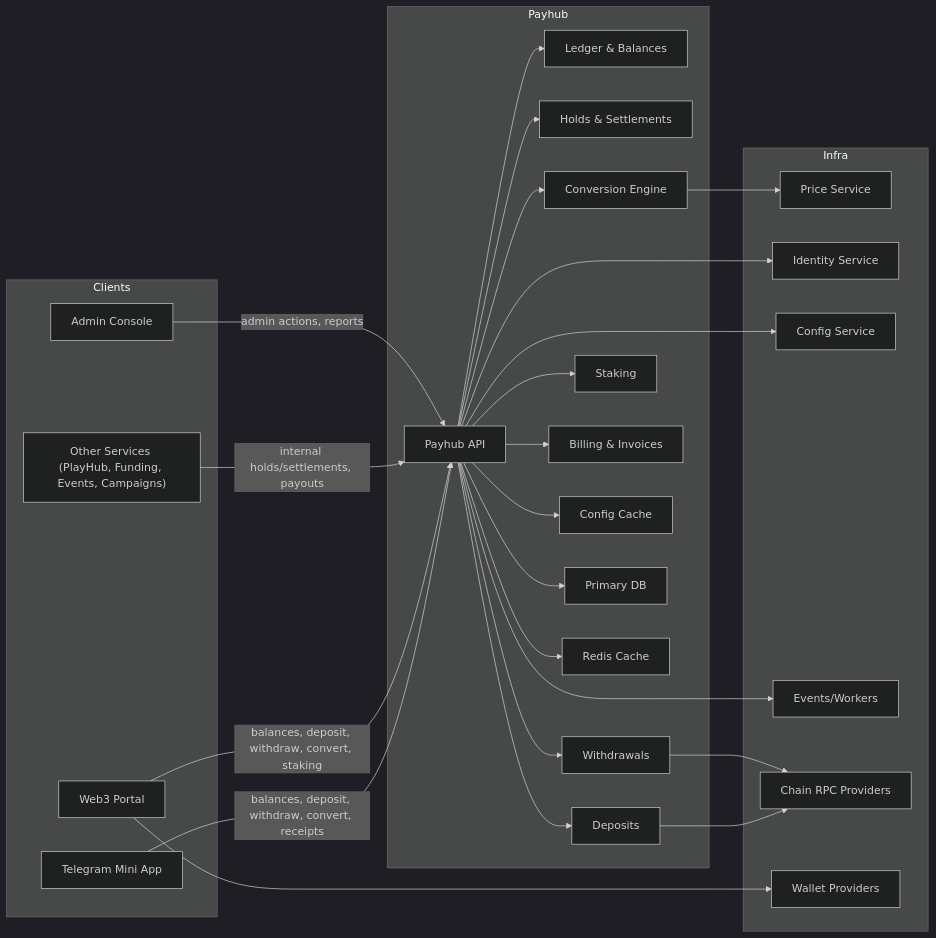
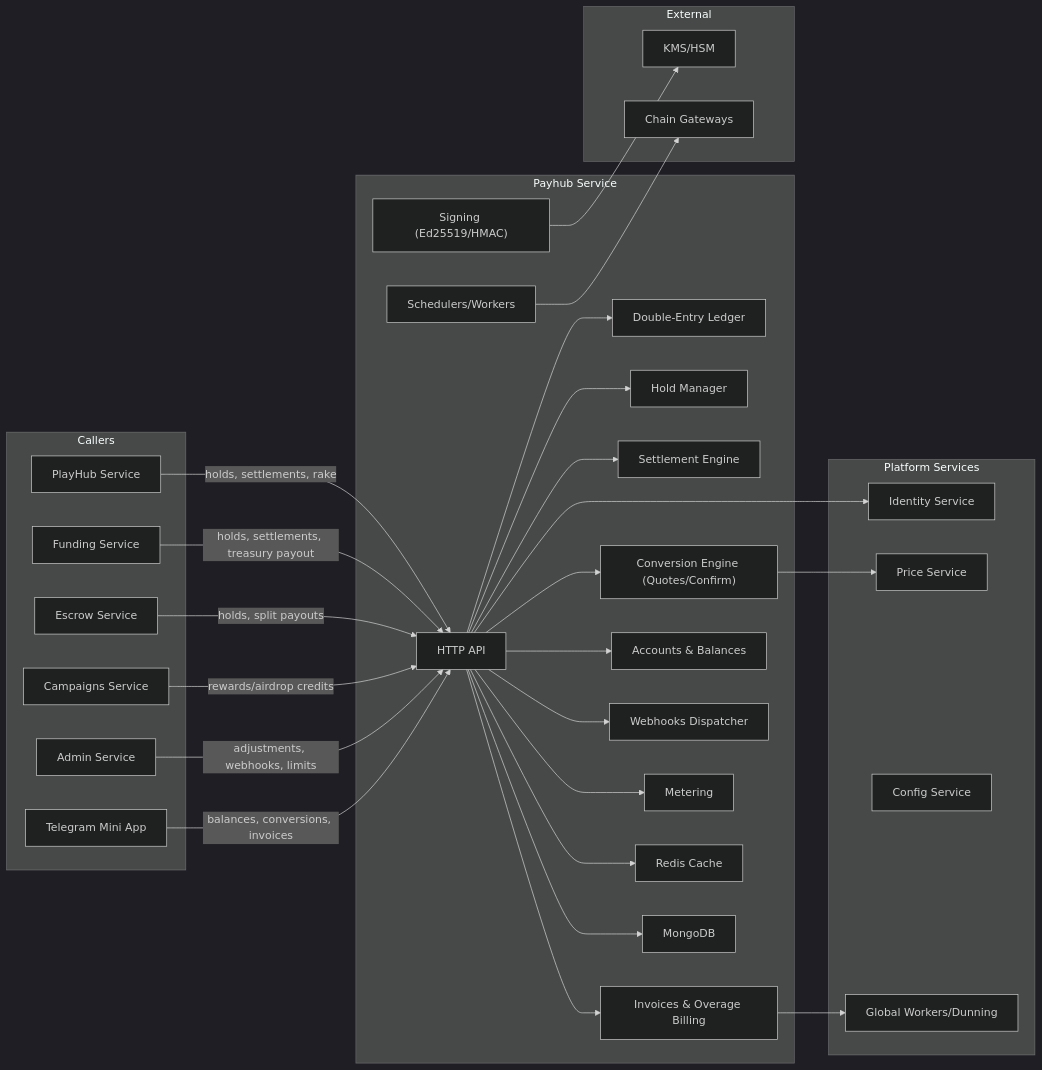
Before and after one commit to bkkac/tg-miniapp-payhub-service: the first of 6 diagrams in SystemDesign.md, drawn with Mermaid (dark theme). The commit also changed other lines of this file, not shown here.

````diff
--- a/SystemDesign.md
+++ b/SystemDesign.md
@@ -14,56 +14,63 @@
 ```mermaid
 flowchart LR
-  subgraph Clients
-    TG["Telegram Mini App"]
-    WEB["Web3 Portal"]
-    ADM["Admin Console"]
-    SVC["Other Services (PlayHub, Funding, Events, Campaigns)"]
+  subgraph Callers
+    PH["PlayHub Service"]
+    FUN["Funding Service"]
+    ESC["Escrow Service"]
+    CMP["Campaigns Service"]
+    ADM["Admin Service"]
+    WEB["Telegram Mini App"]
   end
 
-  subgraph Payhub
-    API["Payhub API"]
-    LEDGER["Ledger & Balances"]
-    HOLD["Holds & Settlements"]
-    FX["Conversion Engine"]
-    WD["Withdrawals"]
-    DEP["Deposits"]
-    STK["Staking"]
-    BILL["Billing & Invoices"]
-    CFGC["Config Cache"]
-    DB["Primary DB"]
+  subgraph "Payhub Service"
+    API["HTTP API"]
+    LED["Double-Entry Ledger"]
+    HLD["Hold Manager"]
+    SET["Settlement Engine"]
+    FX["Conversion Engine (Quotes/Confirm)"]
+    INV["Invoices & Overage Billing"]
+    ACC["Accounts & Balances"]
+    WH["Webhooks Dispatcher"]
+    MTR["Metering"]
+    JOB["Schedulers/Workers"]
     CCH["Redis Cache"]
+    DB["MongoDB"]
+    SIG["Signing (Ed25519/HMAC)"]
   end
 
-  subgraph Infra
+  subgraph "Platform Services"
+    IDN["Identity Service"]
     PRC["Price Service"]
-    IDN["Identity Service"]
     CFG["Config Service"]
-    EVT["Events/Workers"]
-    CHN["Chain RPC Providers"]
-    WAL["Wallet Providers"]
+    WRK["Global Workers/Dunning"]
   end
 
-  TG -->|balances, deposit, withdraw, convert, receipts| API
-  WEB -->|balances, deposit, withdraw, convert, staking| API
-  SVC -->|internal holds/settlements, payouts| API
-  ADM -->|admin actions, reports| API
+  subgraph "External"
+    KMS["KMS/HSM"]
+    CHA["Chain Gateways"]
+  end
 
-  API --> LEDGER
-  API --> HOLD
+  PH -->|holds, settlements, rake| API
+  FUN -->|holds, settlements, treasury payout| API
+  ESC -->|holds, split payouts| API
+  CMP -->|rewards/airdrop credits| API
+  ADM -->|adjustments, webhooks, limits| API
+  WEB -->|balances, conversions, invoices| API
+
+  API --> ACC
+  API --> LED
+  API --> HLD
+  API --> SET
   API --> FX
-  API --> WD
-  API --> DEP
-  API --> STK
-  API --> BILL
-  API --> CFGC
+  API --> INV
+  API --> MTR
+  API --> WH
   API --> DB
   API --> CCH
 
   FX --> PRC
+  INV --> WRK
   API --> IDN
-  API --> CFG
-  API --> EVT
-  DEP --> CHN
-  WD --> CHN
-  WEB --> WAL
+  SIG --> KMS
+  JOB --> CHA
 ```
````
